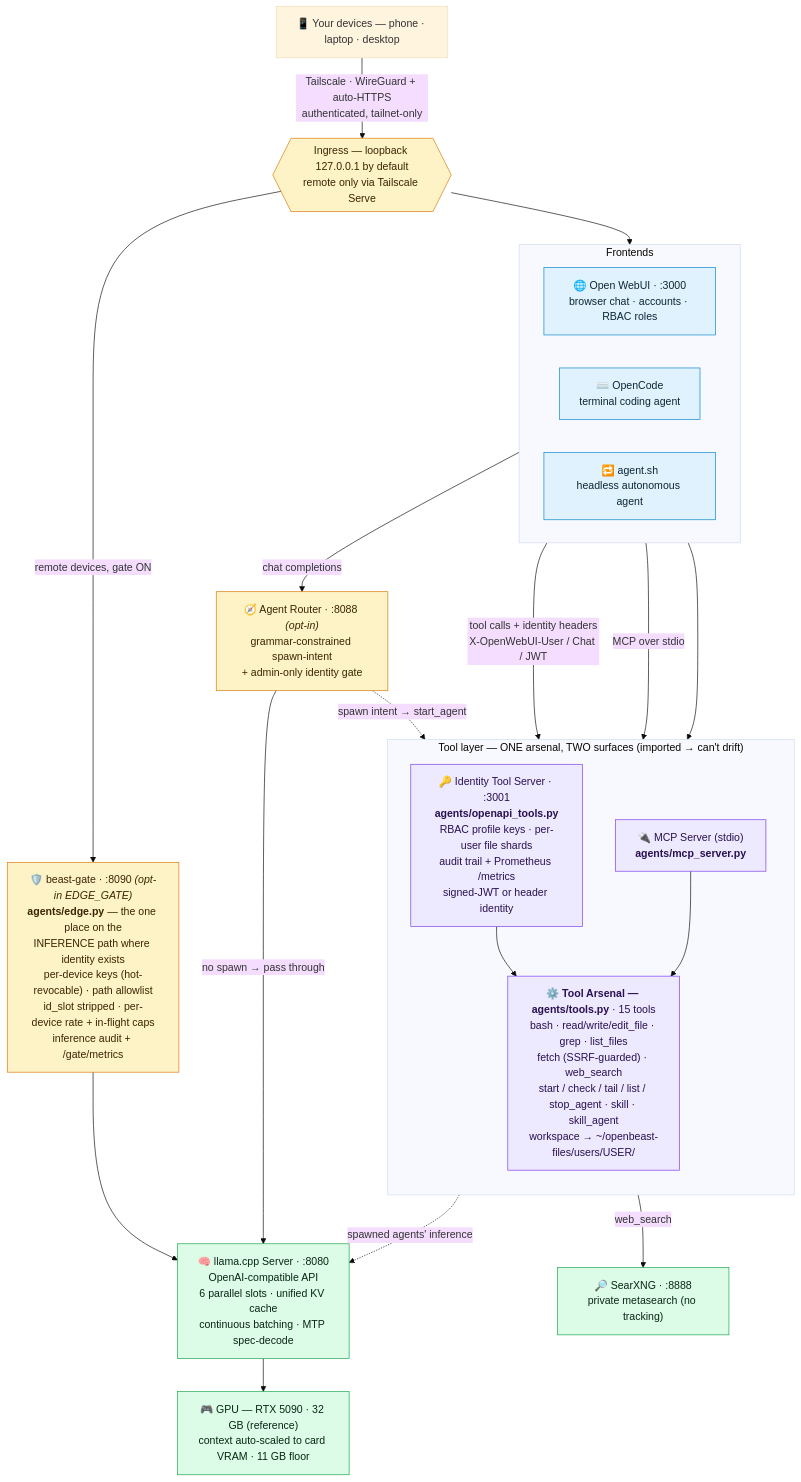
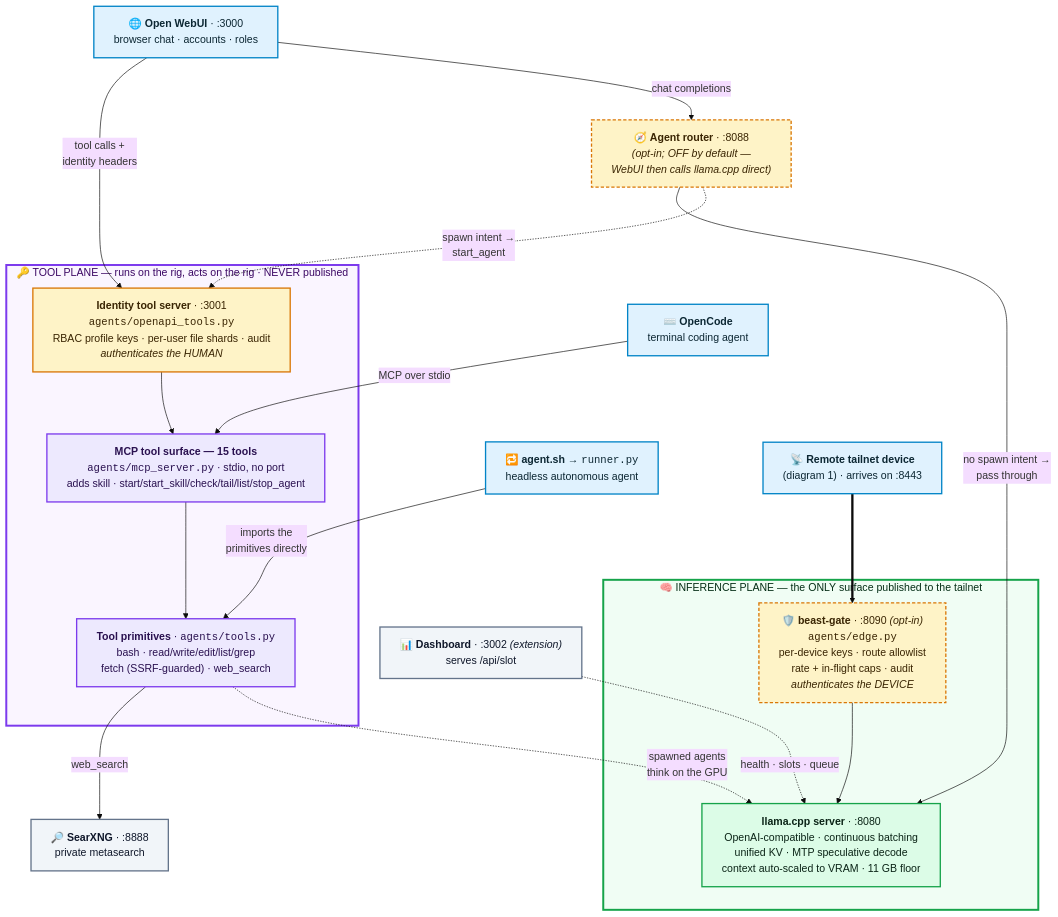
The second of 2 diagrams in docs/ARCHITECTURE.md (MaximilianKhan/openbeast), drawn with Mermaid (base theme) before and after one commit. The commit also changed other lines of this file and 1 other file, not shown here.

````diff
--- a/docs/ARCHITECTURE.md
+++ b/docs/ARCHITECTURE.md
@@ -72,52 +101,53 @@
 ```mermaid
+%%{init: {"flowchart": {"wrappingWidth": 380, "curve": "basis", "nodeSpacing": 45, "rankSpacing": 70}}}%%
 flowchart TB
-    dev["📱 Your devices — phone · laptop · desktop"]
-    dev -->|"Tailscale · WireGuard + auto-HTTPS<br/>authenticated, tailnet-only"| edge
-    edge{{"Ingress — loopback 127.0.0.1 by default<br/>remote only via Tailscale Serve"}}
-    gate["🛡️ beast-gate · :8090 <i>(opt-in EDGE_GATE)</i><br/><b>agents/edge.py</b> — the one place on the<br/>INFERENCE path where identity exists<br/>per-device keys (hot-revocable) · path allowlist<br/>id_slot stripped · per-device rate + in-flight caps<br/>inference audit + /gate/metrics"]
-    edge -->|"remote devices, gate ON"| gate
-    gate --> llama
+    webui["🌐 <b>Open WebUI</b> · :3000<br/>browser chat · accounts · roles"]
+    opencode["⌨️ <b>OpenCode</b><br/>terminal coding agent"]
+    agentsh["🔁 <b>agent.sh</b> → <code>runner.py</code><br/>headless autonomous agent"]
+    remote["📡 <b>Remote tailnet device</b><br/>(diagram 1) · arrives on :8443"]
 
-    subgraph FE["Frontends"]
-        direction LR
-        webui["🌐 Open WebUI · :3000<br/>browser chat · accounts · RBAC roles"]
-        opencode["⌨️ OpenCode<br/>terminal coding agent"]
-        agentsh["🔁 agent.sh<br/>headless autonomous agent"]
-    end
-    edge --> webui
-
-    subgraph TOOLS["Tool layer — ONE arsenal, TWO surfaces (imported → can't drift)"]
-        direction TB
-        its["🔑 Identity Tool Server · :3001<br/><b>agents/openapi_tools.py</b><br/>RBAC profile keys · per-user file shards<br/>audit trail + Prometheus /metrics<br/>signed-JWT or header identity"]
-        mcp["🔌 MCP Server (stdio)<br/><b>agents/mcp_server.py</b>"]
-        arsenal["⚙️ <b>Tool Arsenal — agents/tools.py</b> · 15 tools<br/>bash · read/write/edit_file · grep · list_files<br/>fetch (SSRF-guarded) · web_search<br/>start / check / tail / list / stop_agent · skill · skill_agent<br/>workspace → ~/openbeast-files/users/USER/"]
-        its --> arsenal
-        mcp --> arsenal
+    subgraph TOOLPLANE["🔑 TOOL PLANE — runs on the rig, acts on the rig · NEVER published"]
+        its["<b>Identity tool server</b> · :3001<br/><code>agents/openapi_tools.py</code><br/>RBAC profile keys · per-user file shards · audit<br/><i>authenticates the HUMAN</i>"]
+        mcp["<b>MCP tool surface — 15 tools</b><br/><code>agents/mcp_server.py</code> · stdio, no port<br/>adds skill · start/start_skill/check/tail/list/stop_agent"]
+        core["<b>Tool primitives</b> · <code>agents/tools.py</code><br/>bash · read/write/edit/list/grep<br/>fetch (SSRF-guarded) · web_search"]
+        its --> mcp --> core
     end
 
-    webui -->|"tool calls + identity headers<br/>X-OpenWebUI-User / Chat / JWT"| its
+    subgraph INFPLANE["🧠 INFERENCE PLANE — the ONLY surface published to the tailnet"]
+        gate["🛡️ <b>beast-gate</b> · :8090 <i>(opt-in)</i><br/><code>agents/edge.py</code><br/>per-device keys · route allowlist<br/>rate + in-flight caps · audit<br/><i>authenticates the DEVICE</i>"]
+        llama["<b>llama.cpp server</b> · :8080<br/>OpenAI-compatible · continuous batching<br/>unified KV · MTP speculative decode<br/>context auto-scaled to VRAM · 11 GB floor"]
+        gate --> llama
+    end
+
+    router["🧭 <b>Agent router</b> · :8088<br/><i>(opt-in; OFF by default —<br/>WebUI then calls llama.cpp direct)</i>"]
+    searxng["🔎 <b>SearXNG</b> · :8888<br/>private metasearch"]
+    dash["📊 <b>Dashboard</b> · :3002 <i>(extension)</i><br/>serves /api/slot"]
+
+    webui -->|"tool calls +<br/>identity headers"| its
     opencode -->|"MCP over stdio"| mcp
-    agentsh --> arsenal
+    agentsh -->|"imports the<br/>primitives directly"| core
+    remote ==> gate
 
-    router["🧭 Agent Router · :8088 <i>(opt-in)</i><br/>grammar-constrained spawn-intent<br/>+ admin-only identity gate"]
     webui -->|"chat completions"| router
-    router -->|"no spawn → pass through"| llama
-    router -.->|"spawn intent → start_agent"| its
+    router -->|"no spawn intent →<br/>pass through"| llama
+    router -.->|"spawn intent →<br/>start_agent"| its
 
-    arsenal -->|"web_search"| searxng
-    arsenal -.->|"spawned agents' inference"| llama
+    core -->|"web_search"| searxng
+    core -.->|"spawned agents<br/>think on the GPU"| llama
+    dash -.->|"health · slots · queue"| llama
 
-    searxng["🔎 SearXNG · :8888<br/>private metasearch (no tracking)"]
-    llama["🧠 llama.cpp Server · :8080<br/>OpenAI-compatible API<br/>6 parallel slots · unified KV cache<br/>continuous batching · MTP spec-decode"]
-    gpu["🎮 GPU — RTX 5090 · 32 GB (reference)<br/>context auto-scaled to card VRAM · 11 GB floor"]
-    llama --> gpu
-
-    classDef fe fill:#e0f2fe,stroke:#0284c7,color:#0c2733;
-    classDef tool fill:#ede9fe,stroke:#7c3aed,color:#2a1150;
-    classDef inf fill:#dcfce7,stroke:#16a34a,color:#0b2417;
-    classDef sec fill:#fef3c7,stroke:#d97706,color:#3a2503;
-    class webui,opencode,agentsh fe;
-    class its,mcp,arsenal tool;
-    class llama,gpu,searxng inf;
-    class edge,router,gate sec;
+    classDef fe fill:#e0f2fe,stroke:#0284c7,stroke-width:2px,color:#0c2733;
+    classDef tool fill:#ede9fe,stroke:#7c3aed,stroke-width:2px,color:#2a1150;
+    classDef inf fill:#dcfce7,stroke:#16a34a,stroke-width:2px,color:#0b2417;
+    classDef sec fill:#fef3c7,stroke:#d97706,stroke-width:2px,color:#3a2503;
+    classDef optin fill:#fef3c7,stroke:#d97706,stroke-width:2px,stroke-dasharray:5 3,color:#3a2503;
+    classDef aux fill:#f1f5f9,stroke:#64748b,stroke-width:2px,color:#0f172a;
+    class webui,opencode,agentsh,remote fe;
+    class mcp,core tool;
+    class its sec;
+    class llama inf;
+    class gate,router optin;
+    class searxng,dash aux;
+    style TOOLPLANE fill:#faf5ff,stroke:#7c3aed,stroke-width:3px,color:#3b0764;
+    style INFPLANE fill:#f0fdf4,stroke:#16a34a,stroke-width:3px,color:#052e16;
 ```
````
